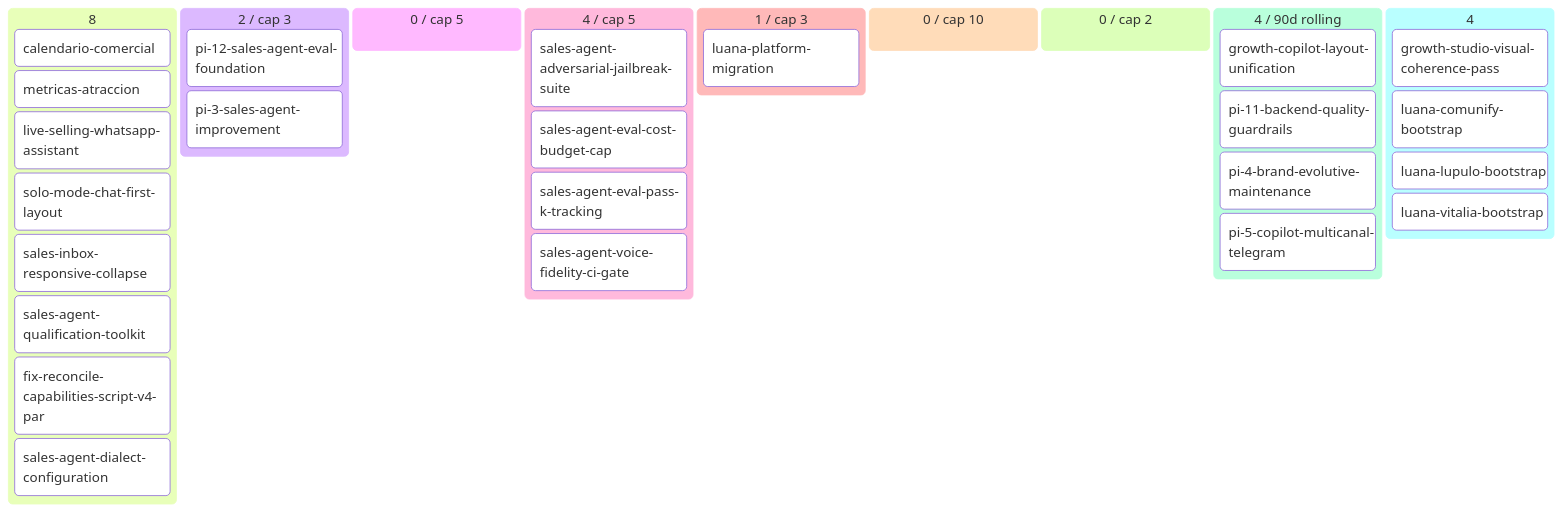
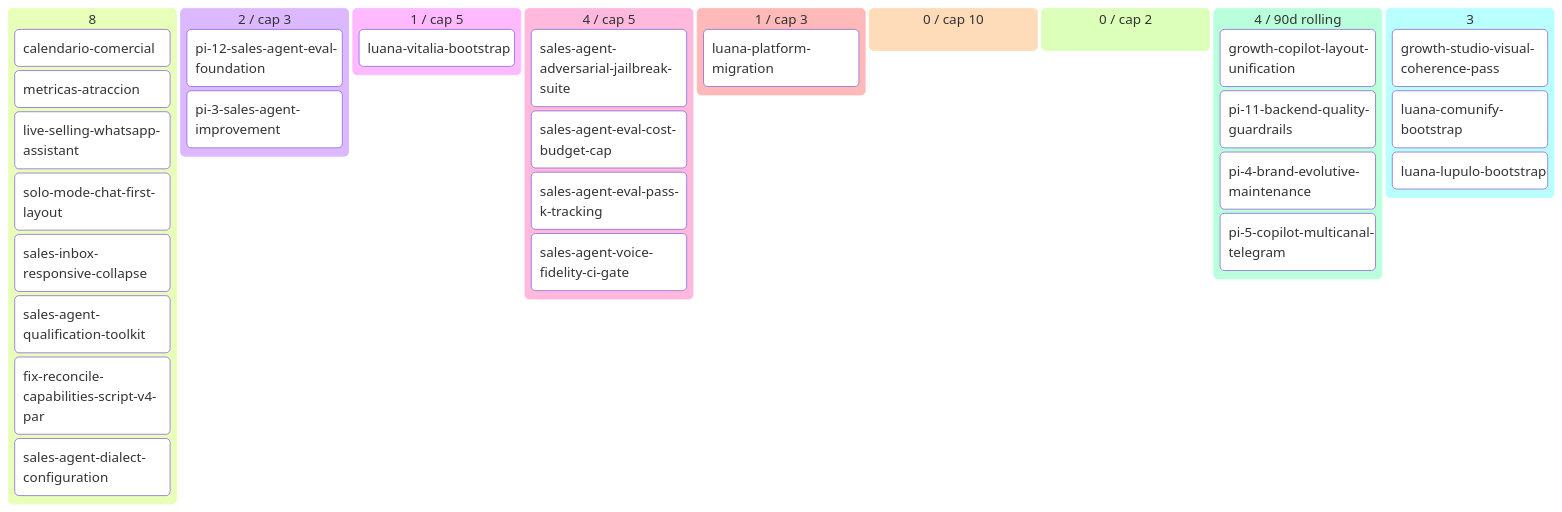
One commit to alpacapurpura/ap_sales_agent changed the diagram in docs/product/BACKLOG.md. Above: the diagram before and after it, drawn with Mermaid. The commit also changed other lines of this file and 7 other files, not shown here.

````diff
--- a/docs/product/BACKLOG.md
+++ b/docs/product/BACKLOG.md
@@ -61,35 +60,35 @@
 ```mermaid
 kanban
   💡 Ideas (8)
     calendario-comercial[calendario-comercial]
     metricas-atraccion[metricas-atraccion]
     live-selling-whatsapp-assistan[live-selling-whatsapp-assistant]
     solo-mode-chat-first-layout[solo-mode-chat-first-layout]
     sales-inbox-responsive-collaps[sales-inbox-responsive-collapse]
     sales-agent-qualification-tool[sales-agent-qualification-toolkit]
     fix-reconcile-capabilities-scr[fix-reconcile-capabilities-script-v4-par]
     sales-agent-dialect-configurat[sales-agent-dialect-configuration]
   🔬 Refining (2 / cap 3)
     pi-12-sales-agent-eval-foundat[pi-12-sales-agent-eval-foundation]
     pi-3-sales-agent-improvement[pi-3-sales-agent-improvement]
-  ✅ Refined (0 / cap 5)
+  ✅ Refined (1 / cap 5)
+    luana-vitalia-bootstrap[luana-vitalia-bootstrap]
   📦 Ready (4 / cap 5)
     sales-agent-adversarial-jailbr[sales-agent-adversarial-jailbreak-suite]
     sales-agent-eval-cost-budget-c[sales-agent-eval-cost-budget-cap]
     sales-agent-eval-pass-k-tracki[sales-agent-eval-pass-k-tracking]
     sales-agent-voice-fidelity-ci-[sales-agent-voice-fidelity-ci-gate]
   🔨 Developing (1 / cap 3)
     luana-platform-migration[luana-platform-migration]
   🧪 Developed (0 / cap 10)
   🔍 Reviewing (0 / cap 2)
   ✅ Done (4 / 90d rolling)
     growth-copilot-layout-unificat[growth-copilot-layout-unification]
     pi-11-backend-quality-guardrai[pi-11-backend-quality-guardrails]
     pi-4-brand-evolutive-maintenan[pi-4-brand-evolutive-maintenance]
     pi-5-copilot-multicanal-telegr[pi-5-copilot-multicanal-telegram]
-  🅿 Parked (4)
+  🅿 Parked (3)
     growth-studio-visual-coherence[growth-studio-visual-coherence-pass]
     luana-comunify-bootstrap[luana-comunify-bootstrap]
     luana-lupulo-bootstrap[luana-lupulo-bootstrap]
-    luana-vitalia-bootstrap[luana-vitalia-bootstrap]
 ```
````
